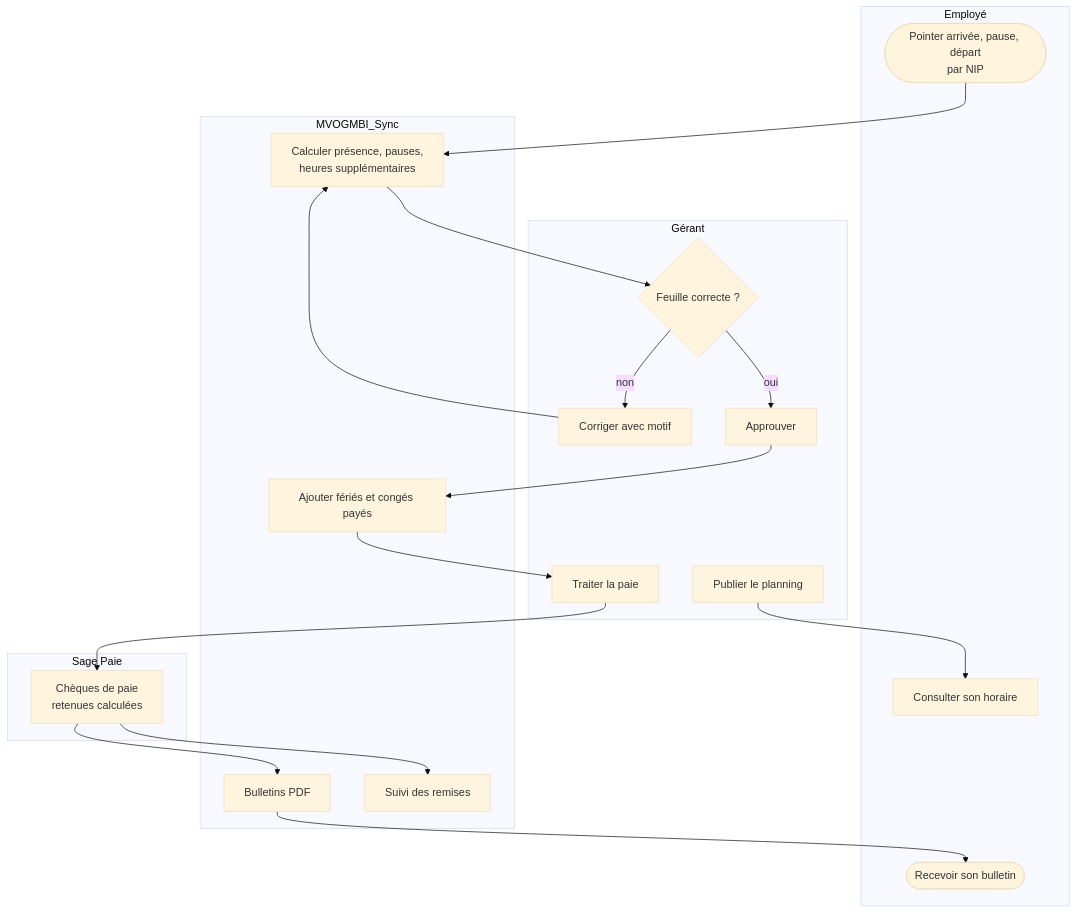
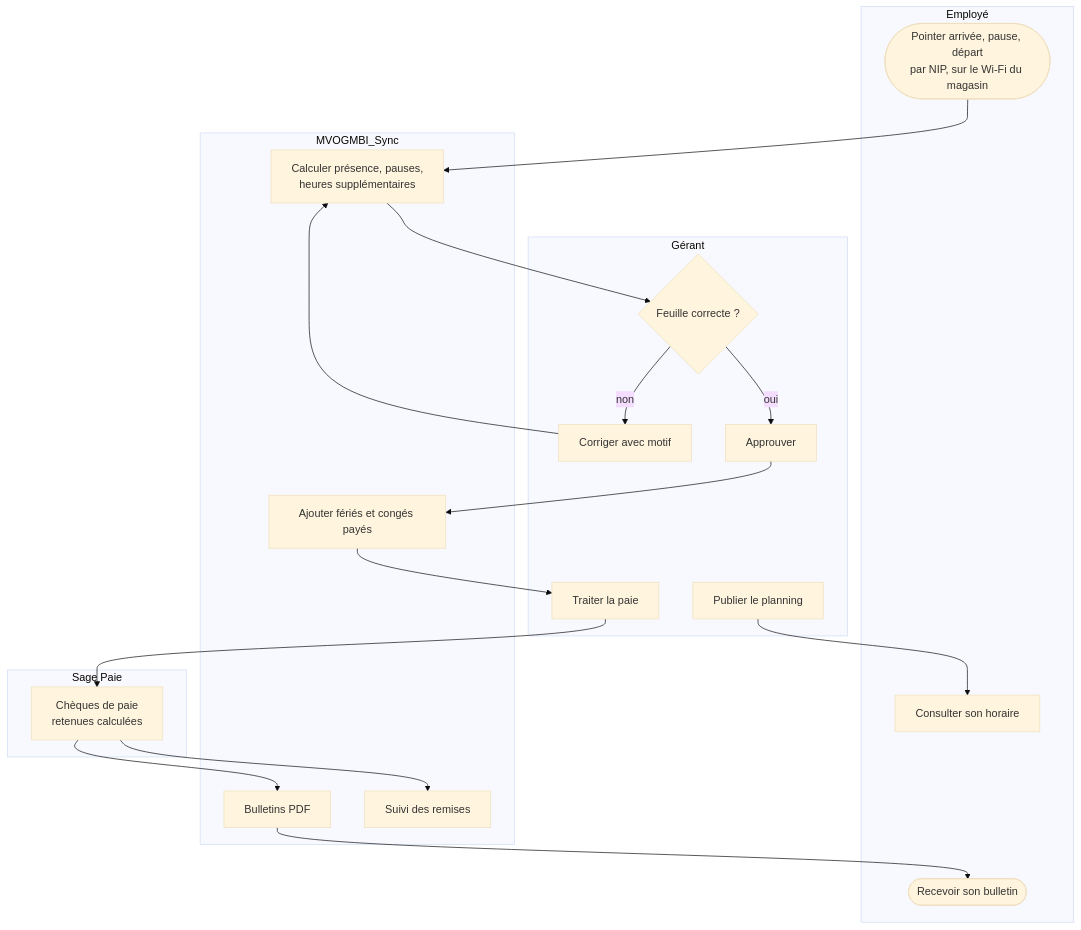
The third of 7 diagrams in documentation/PROCESSUS_BPM.md (mteingueng-dot/MVOGMBI_Sync_2026.1), drawn with Mermaid (base theme) before and after one commit. The commit also changed other lines of this file and 27 other files, not shown here.

Commit message:
Version 2.15.0 : Wi-Fi du magasin pour le pointage, pause automatique hors du Wi-Fi, documentation complète à jour

````diff
--- a/documentation/PROCESSUS_BPM.md
+++ b/documentation/PROCESSUS_BPM.md
@@ -87,29 +87,29 @@
 ```mermaid
 flowchart TB
     subgraph EMP["Employé"]
-        A1([Pointer arrivée, pause, départ<br/>par NIP])
+        A1([Pointer arrivée, pause, départ<br/>par NIP, sur le Wi-Fi du magasin])
         A2[Consulter son horaire]
         A3([Recevoir son bulletin])
     end
     subgraph GERP["Gérant"]
         B1[Publier le planning]
         B2{Feuille correcte ?}
         B3[Corriger avec motif]
         B4[Approuver]
         B5[Traiter la paie]
     end
     subgraph APPP["MVOGMBI_Sync"]
         C1[Calculer présence, pauses,<br/>heures supplémentaires]
         C2[Ajouter fériés et congés payés]
         C3[Bulletins PDF]
         C4[Suivi des remises]
     end
     subgraph SAGEP["Sage Paie"]
         D1[Chèques de paie<br/>retenues calculées]
     end
     B1 --> A2
     A1 --> C1 --> B2
     B2 -- non --> B3 --> C1
     B2 -- oui --> B4 --> C2 --> B5 --> D1 --> C3 --> A3
     D1 --> C4
 ```
````
